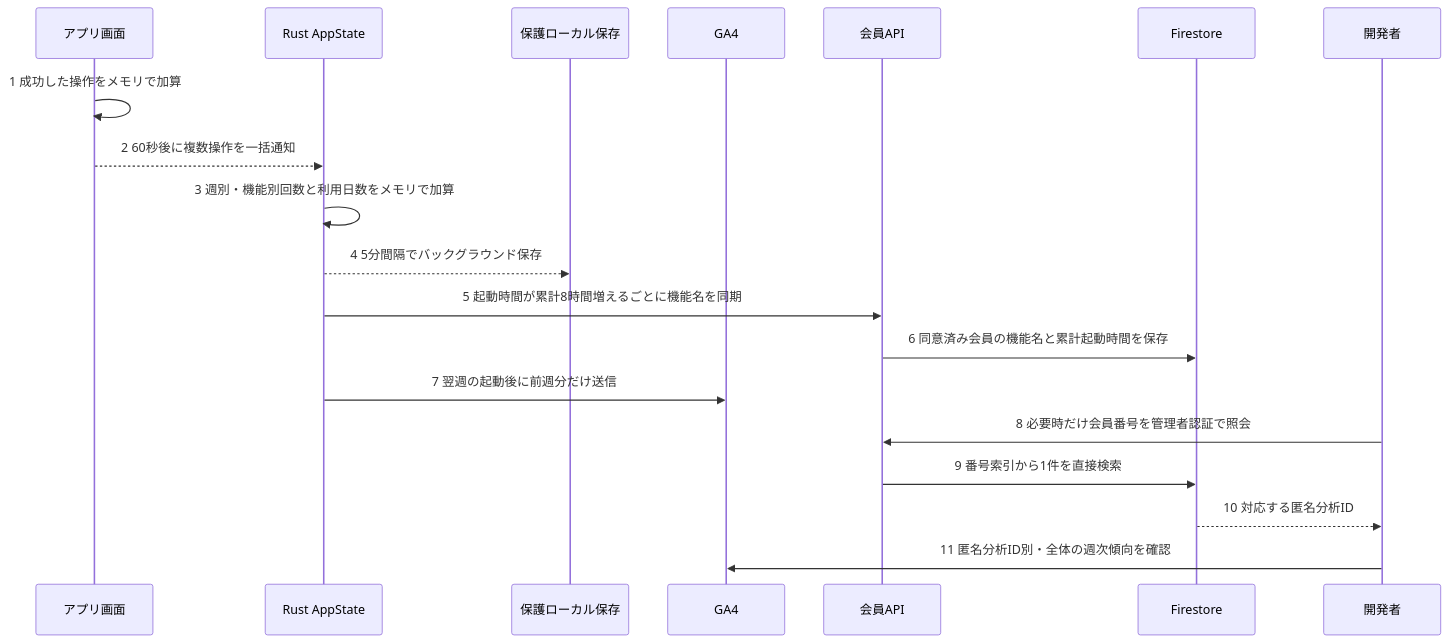
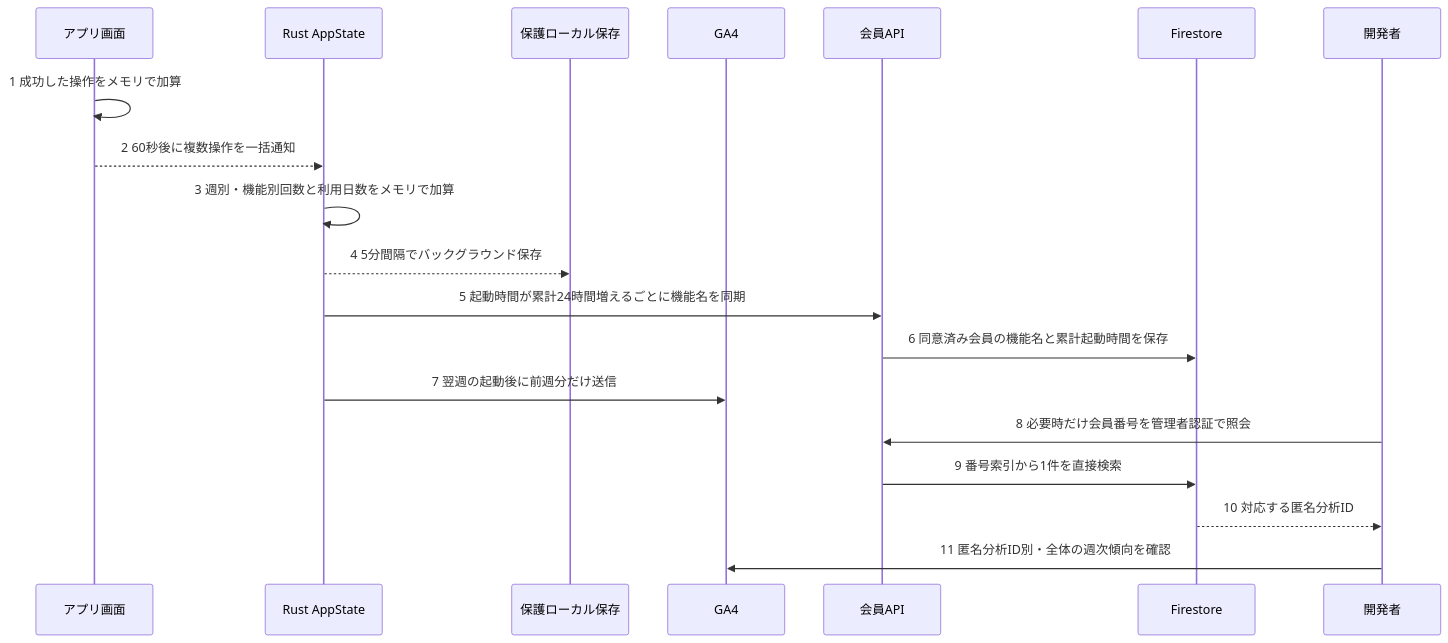
One commit to ore-no-fusen/ore-no-fusen changed the second of 3 diagrams in docs-v2/009_MEMBERSHIP.md. Above: the diagram before and after it, drawn with Mermaid. The commit also changed other lines of this file and 4 other files, not shown here.

````diff
--- a/docs-v2/009_MEMBERSHIP.md
+++ b/docs-v2/009_MEMBERSHIP.md
@@ -50,21 +50,21 @@
 ```mermaid
 sequenceDiagram
     participant UI as アプリ画面
     participant Rust as Rust AppState
     participant Local as 保護ローカル保存
     participant GA as GA4
     participant API as 会員API
     participant DB as Firestore
     participant Owner as 開発者
     UI->>UI: 1 成功した操作をメモリで加算
     UI-->>Rust: 2 60秒後に複数操作を一括通知
     Rust->>Rust: 3 週別・機能別回数と利用日数をメモリで加算
     Rust-->>Local: 4 5分間隔でバックグラウンド保存
-    Rust->>API: 5 起動時間が累計8時間増えるごとに機能名を同期
+    Rust->>API: 5 起動時間が累計24時間増えるごとに機能名を同期
     API->>DB: 6 同意済み会員の機能名と累計起動時間を保存
     Rust->>GA: 7 翌週の起動後に前週分だけ送信
     Owner->>API: 8 必要時だけ会員番号を管理者認証で照会
     API->>DB: 9 番号索引から1件を直接検索
     DB-->>Owner: 10 対応する匿名分析ID
     Owner->>GA: 11 匿名分析ID別・全体の週次傾向を確認
 ```
````
